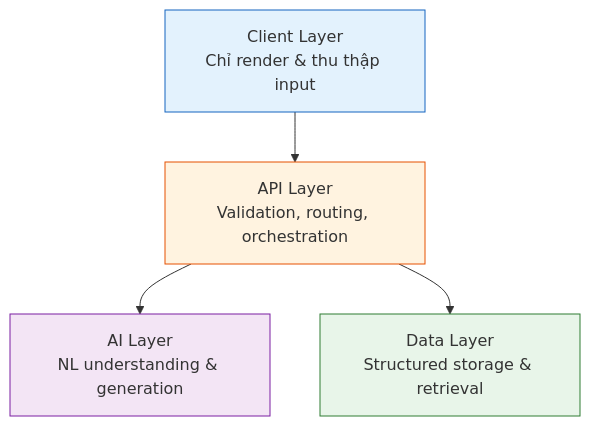
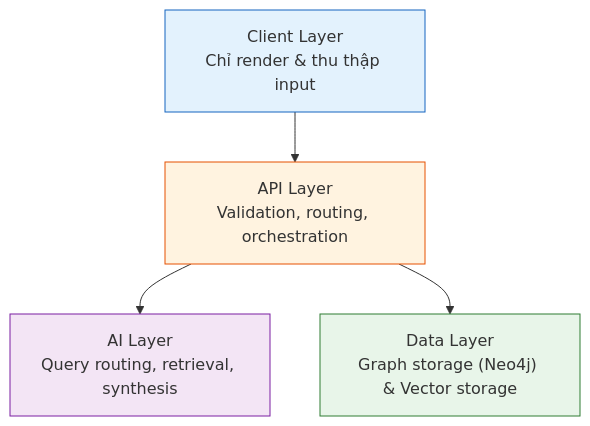
The fifth of 5 diagrams in docs/02_SYSTEM_ARCHITECTURE.md (NgBaoAnn/kbqa), drawn with Mermaid before and after one commit. The commit also changed other lines of this file and 4 other files, not shown here.

Commit message:
docs: update system architecture and API docs for Hybrid GraphRAG

````diff
--- a/docs/02_SYSTEM_ARCHITECTURE.md
+++ b/docs/02_SYSTEM_ARCHITECTURE.md
@@ -226,11 +291,11 @@
 ```mermaid
 graph TB
     A["Client Layer<br/>Chỉ render & thu thập input"] --> B["API Layer<br/>Validation, routing, orchestration"]
-    B --> C["AI Layer<br/>NL understanding & generation"]
-    B --> D["Data Layer<br/>Structured storage & retrieval"]
+    B --> C["AI Layer<br/>Query routing, retrieval, synthesis"]
+    B --> D["Data Layer<br/>Graph storage (Neo4j) & Vector storage"]
 
     style A fill:#e3f2fd,stroke:#1565c0
     style B fill:#fff3e0,stroke:#e65100
     style C fill:#f3e5f5,stroke:#7b1fa2
     style D fill:#e8f5e9,stroke:#2e7d32
 ```
````
